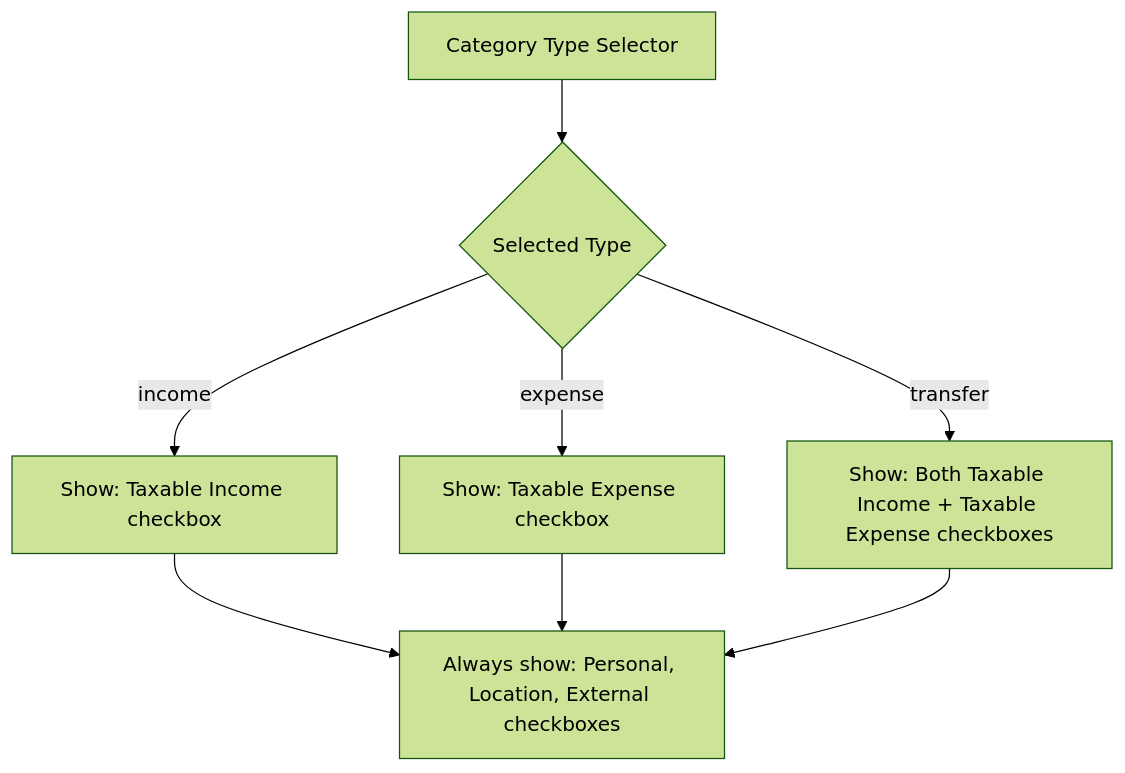
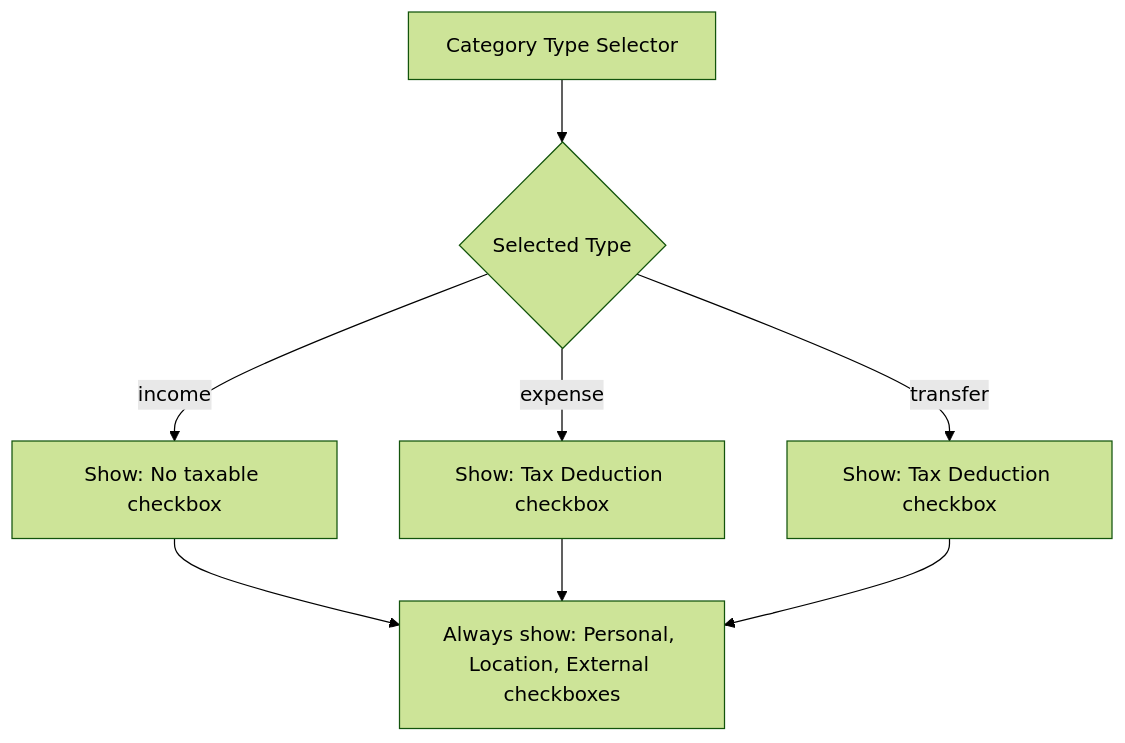
Before and after one commit to Blackbird71-ux/homebase: the diagram in docs/feature-finance-categories-taxable-flags-2026-05-09.md, drawn with Mermaid (forest theme). The commit also changed other lines of this file and 9 other files, not shown here.

Commit message:
fix: replace isTaxableIncome/isTaxableExpense with single isTaxDeduction field

````diff
--- a/docs/feature-finance-categories-taxable-flags-2026-05-09.md
+++ b/docs/feature-finance-categories-taxable-flags-2026-05-09.md
@@ -95,10 +74,10 @@
 ```mermaid
 flowchart TD
     A[Category Type Selector] --> B{Selected Type}
-    B -->|income| C1[Show: Taxable Income checkbox]
-    B -->|expense| C2[Show: Taxable Expense checkbox]
-    B -->|transfer| C3[Show: Both Taxable Income + Taxable Expense checkboxes]
+    B -->|income| C1[Show: No taxable checkbox]
+    B -->|expense| C2[Show: Tax Deduction checkbox]
+    B -->|transfer| C3[Show: Tax Deduction checkbox]
     C1 --> D[Always show: Personal, Location, External checkboxes]
     C2 --> D
     C3 --> D
 ```
````
